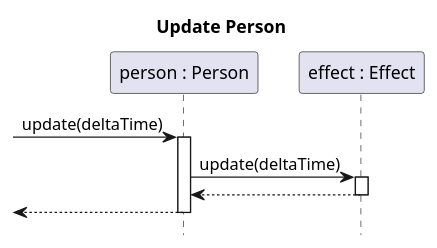
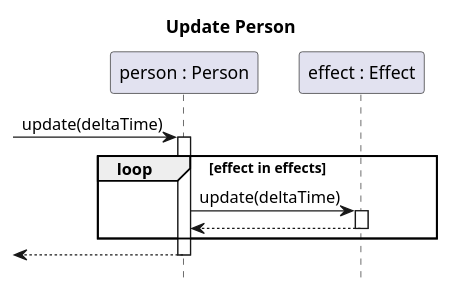
The diagram in docs/diagrams/sequence/person-update.puml (sn4k3ch4rm3r/logarlec), drawn with PlantUML before and after one commit. The commit also changed 10 other files, not shown here.

Commit message:
Fixed errors, attempted to get the sequences and the class diagram in sync

```diff
--- a/docs/diagrams/sequence/person-update.puml
+++ b/docs/diagrams/sequence/person-update.puml
@@ -1,14 +1,16 @@
 @startuml person-update
 
 title Update Person
 hide footbox
 
 participant "person : Person" as person
 participant "effect : Effect" as effect
 
 [-> person ++: update(deltaTime)
-    person -> effect ++: update(deltaTime)
-    return
+    loop effect in effects
+        person -> effect ++: update(deltaTime)
+        return
+    end
 return
 
 @enduml
```
